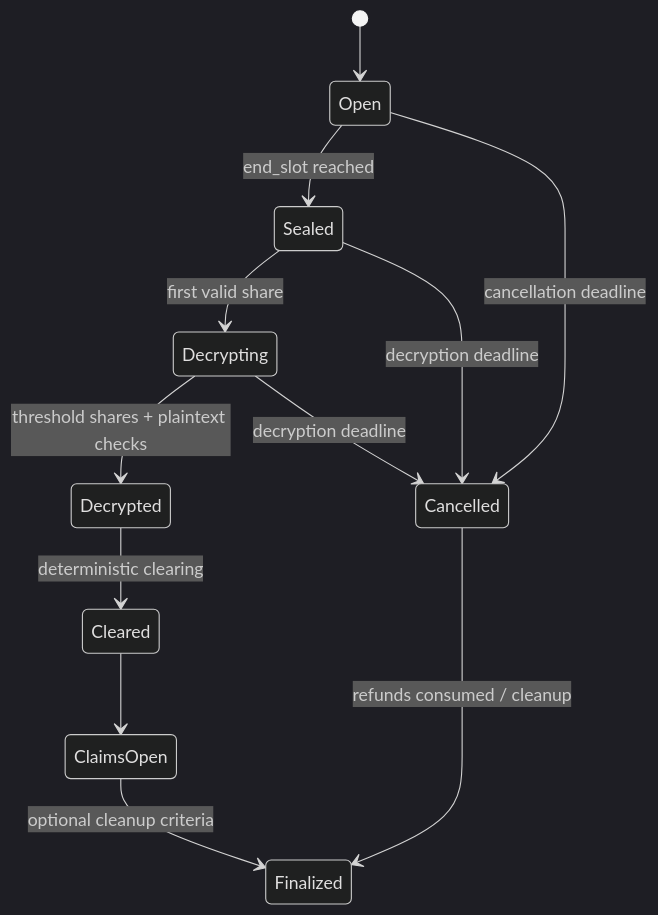
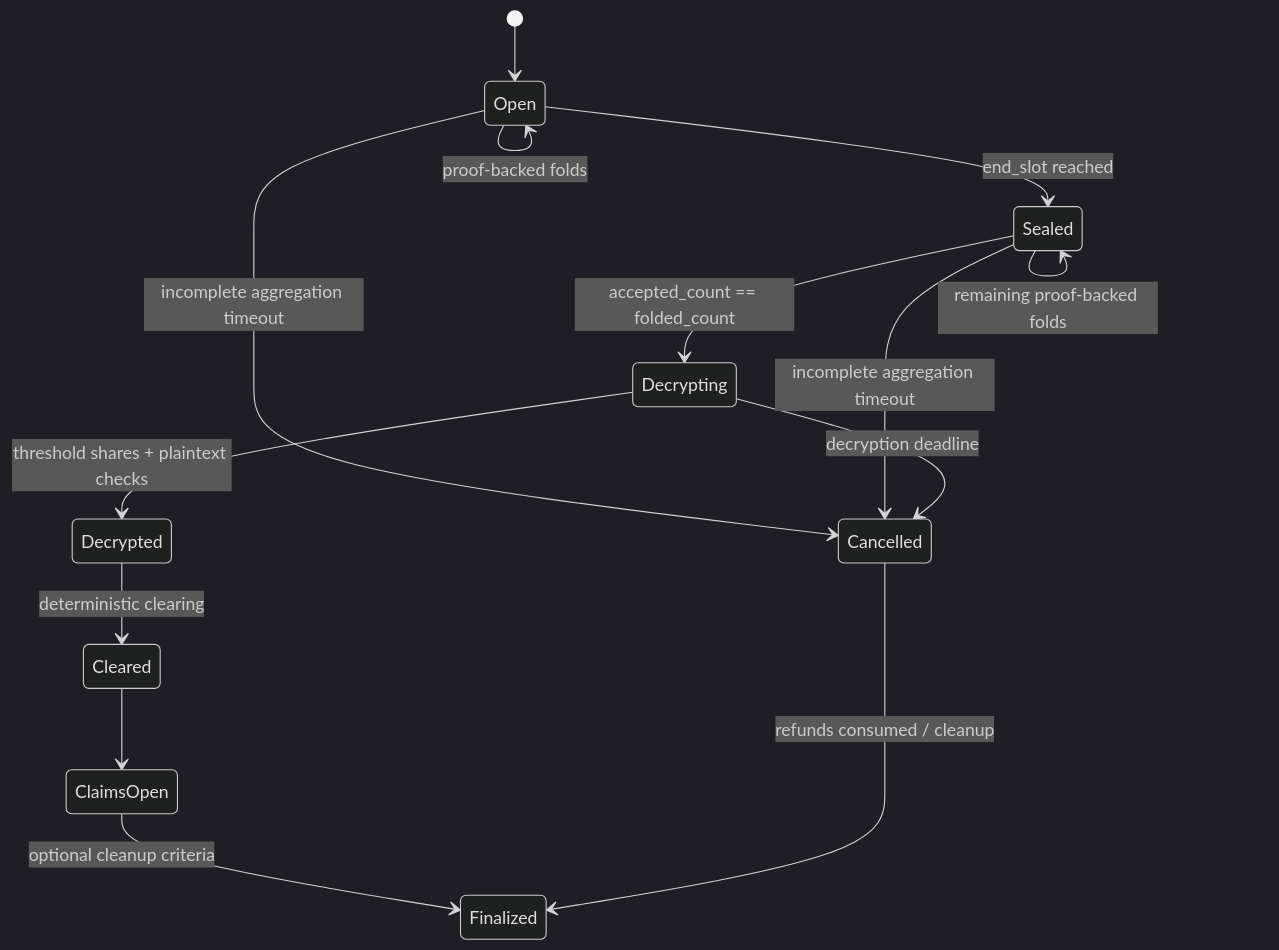
Before and after one commit to Raunaque97/BeatEx: the second of 2 diagrams in TECHNICAL_DESIGN.md, drawn with Mermaid (dark theme). The commit also changed other lines of this file and 68 other files, not shown here.

````diff
--- a/TECHNICAL_DESIGN.md
+++ b/TECHNICAL_DESIGN.md
@@ -491,16 +509,18 @@
 ```mermaid
 stateDiagram-v2
     [*] --> Open
     Open --> Sealed: end_slot reached
-    Sealed --> Decrypting: first valid share
+    Open --> Open: proof-backed folds
+    Sealed --> Sealed: remaining proof-backed folds
+    Sealed --> Decrypting: accepted_count == folded_count
     Decrypting --> Decrypted: threshold shares + plaintext checks
     Decrypted --> Cleared: deterministic clearing
     Cleared --> ClaimsOpen
 
-    Open --> Cancelled: cancellation deadline
-    Sealed --> Cancelled: decryption deadline
+    Open --> Cancelled: incomplete aggregation timeout
+    Sealed --> Cancelled: incomplete aggregation timeout
     Decrypting --> Cancelled: decryption deadline
 
     ClaimsOpen --> Finalized: optional cleanup criteria
     Cancelled --> Finalized: refunds consumed / cleanup
 ```
````
